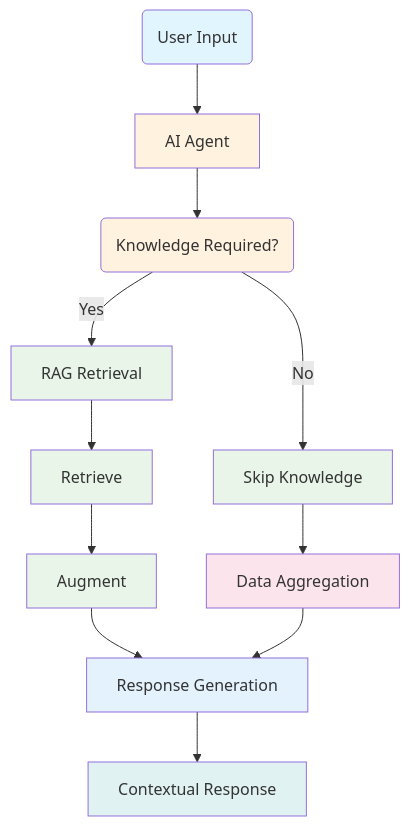
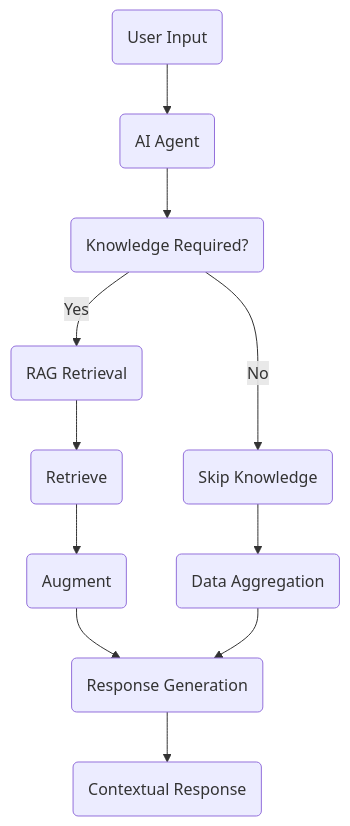
The second of 2 diagrams in platform-fundamentals/how-tars-works.mdx (VENUCODE/docs), drawn with Mermaid before and after one commit. The commit also changed other lines of this file and 18 other files, not shown here.

Commit message:
updated how tars works with tools, whatsapp, and livechat integration architecture

````diff
--- a/platform-fundamentals/how-tars-works.mdx
+++ b/platform-fundamentals/how-tars-works.mdx
@@ -81,29 +71,17 @@
 ```mermaid
 flowchart TD
-    A(User Input) --> B[AI Agent]
+    A(User Input) --> B(AI Agent)
 
     B --> C(Knowledge Required?)
 
-    C -->|Yes| D[RAG Retrieval]
-    C -->|No| E[Skip Knowledge]
+    C -->|Yes| D(RAG Retrieval)
+    C -->|No| E(Skip Knowledge)
 
-    D --> F[Retrieve]
-    F --> G[Augment]
-    G --> K[Response Generation]
-    K --> I[Contextual Response]
+    D --> F(Retrieve)
+    F --> G(Augment)
+    G --> K(Response Generation)
+    K --> I(Contextual Response)
 
-    E --> J[Data Aggregation]
-    J --> K[Response Generation]
-
-
-    style A fill:#e1f5fe
-    style B fill:#fff3e0
-    style C fill:#fff3e0
-    style D fill:#e8f5e8
-    style E fill:#e8f5e8
-    style F fill:#e8f5e8
-    style G fill:#e8f5e8
-    style I fill:#e0f2f1
-    style J fill:#fce4ec
-    style K fill:#e3f2fd
+    E --> J(Data Aggregation)
+    J --> K(Response Generation)
 ```
````
